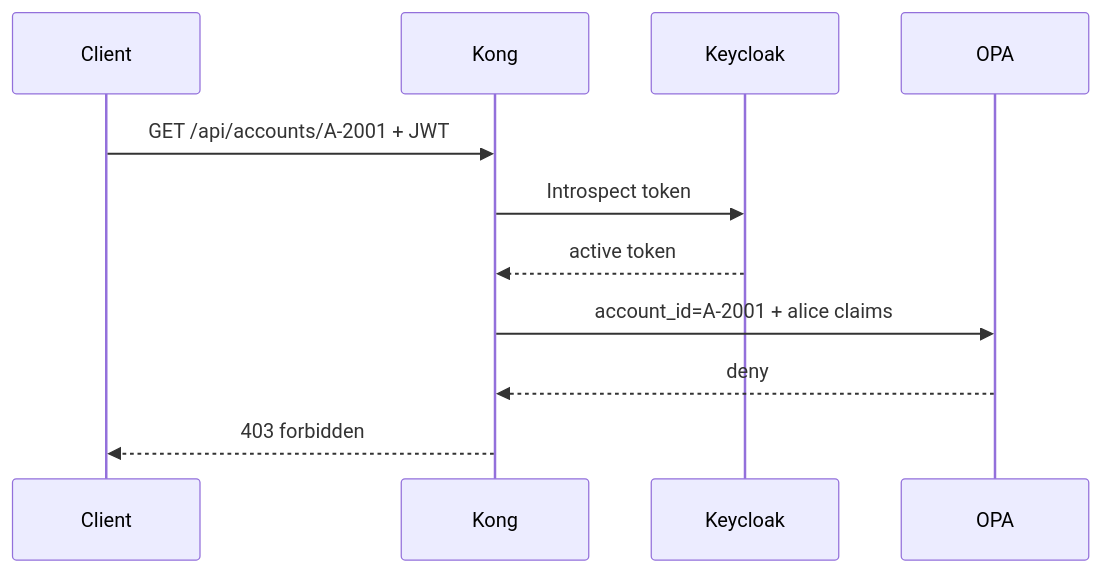
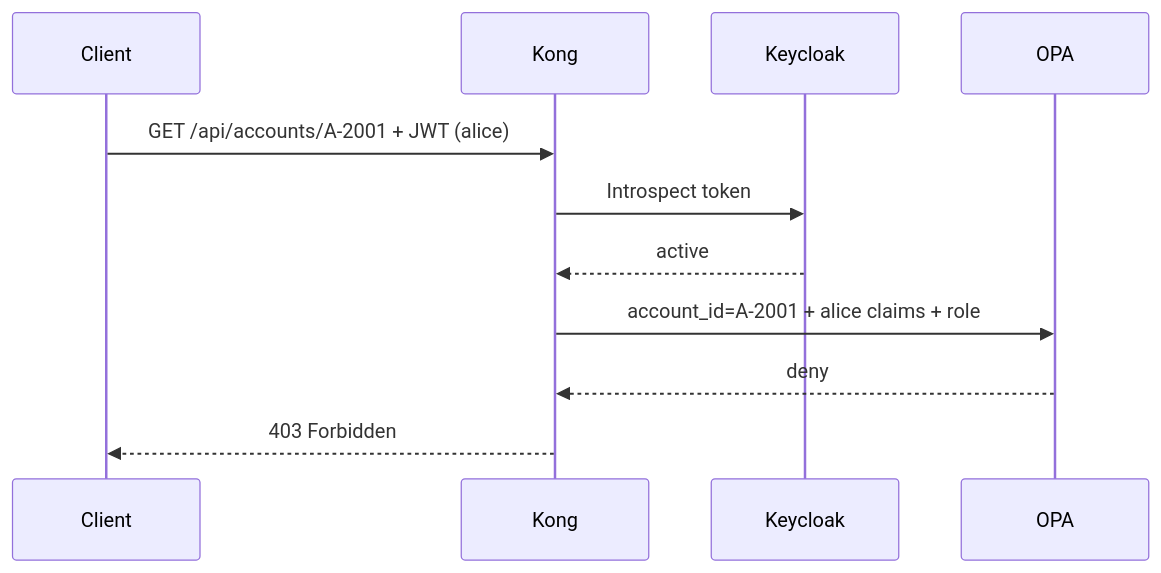
One commit to geekchow/micro-service-auth changed the fourth of 5 diagrams in docs/03-request-flows.md. Above: the diagram before and after it, drawn with Mermaid. The commit also changed other lines of this file, not shown here.

Commit message:
docs: rewrite 03 request flows with template

````diff
--- a/docs/03-request-flows.md
+++ b/docs/03-request-flows.md
@@ -105,14 +121,14 @@
 ```mermaid
 sequenceDiagram
     participant C as Client
     participant G as Kong
     participant K as Keycloak
     participant O as OPA
 
-    C->>G: GET /api/accounts/A-2001 + JWT
+    C->>G: GET /api/accounts/A-2001 + JWT (alice)
     G->>K: Introspect token
-    K-->>G: active token
-    G->>O: account_id=A-2001 + alice claims
+    K-->>G: active
+    G->>O: account_id=A-2001 + alice claims + role
     O-->>G: deny
-    G-->>C: 403 forbidden
+    G-->>C: 403 Forbidden
 ```
````
